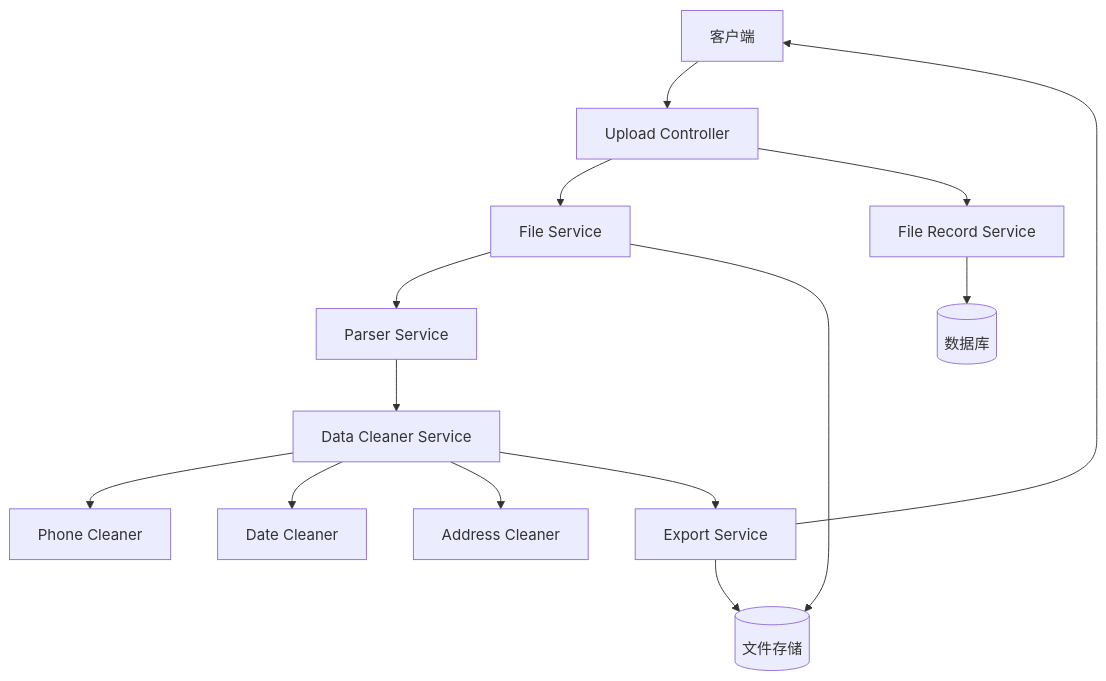
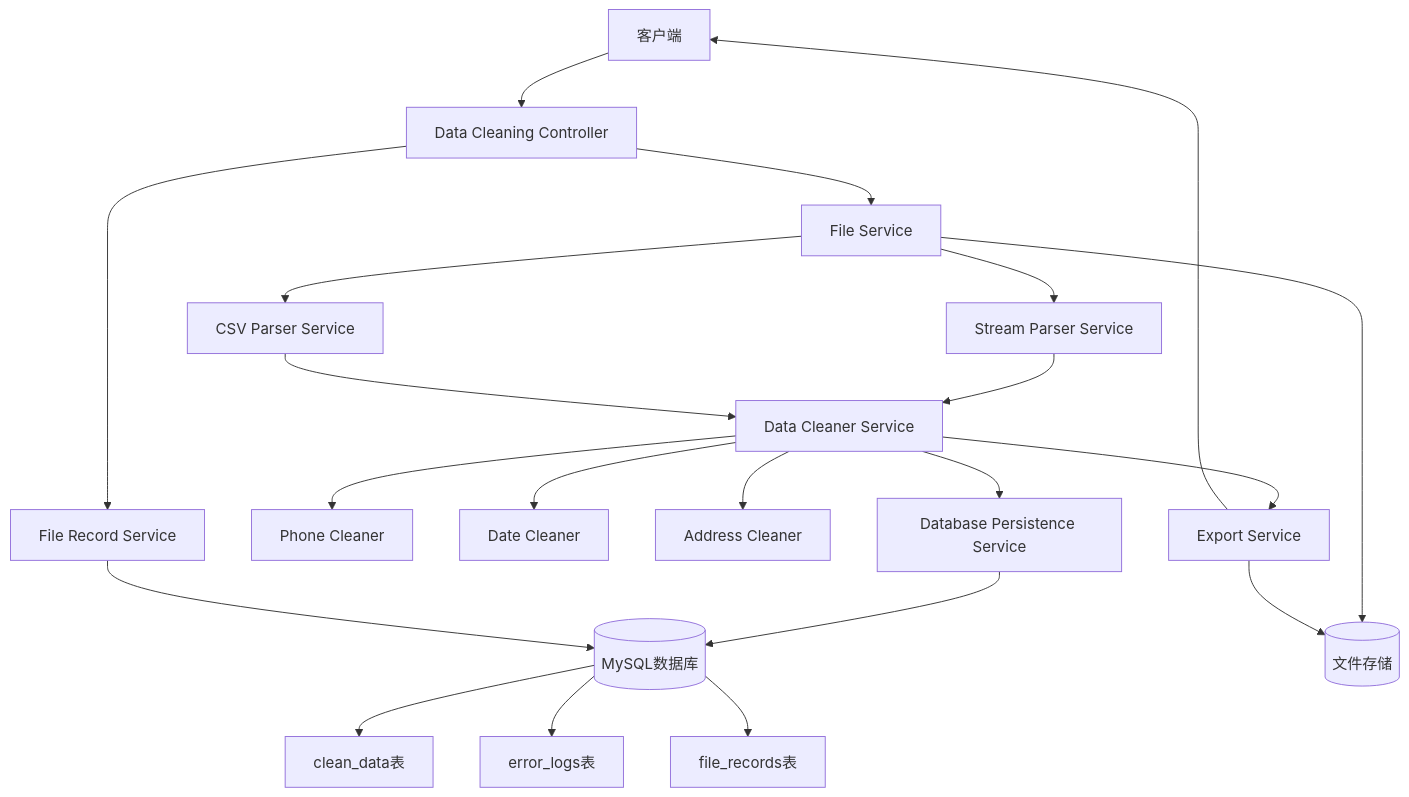
Before and after one commit to silencealoe/data-clean-tool: the first of 3 diagrams in .kiro/specs/data-cleaning-service/design.md, drawn with Mermaid. The commit also changed other lines of this file and 100 other files, not shown here.

````diff
--- a/.kiro/specs/data-cleaning-service/design.md
+++ b/.kiro/specs/data-cleaning-service/design.md
@@ -20,17 +27,30 @@
 ```mermaid
 graph TB
-    Client[客户端] --> Controller[Upload Controller]
+    Client[客户端] --> Controller[Data Cleaning Controller]
     Controller --> FileService[File Service]
     Controller --> FileRecordService[File Record Service]
-    FileService --> ParserService[Parser Service]
-    ParserService --> CleanerService[Data Cleaner Service]
+    
+    FileService --> StreamParser[Stream Parser Service]
+    FileService --> CsvParser[CSV Parser Service]
+    
+    StreamParser --> CleanerService[Data Cleaner Service]
+    CsvParser --> CleanerService
+    
     CleanerService --> PhoneCleaner[Phone Cleaner]
     CleanerService --> DateCleaner[Date Cleaner]
     CleanerService --> AddressCleaner[Address Cleaner]
+    
+    CleanerService --> DbPersistence[Database Persistence Service]
+    DbPersistence --> Database[(MySQL数据库)]
+    
     CleanerService --> ExportService[Export Service]
     ExportService --> Client
     
     FileService --> Storage[(文件存储)]
     ExportService --> Storage
-    FileRecordService --> Database[(数据库)]
+    FileRecordService --> Database
+    
+    Database --> CleanDataTable[clean_data表]
+    Database --> ErrorLogsTable[error_logs表]
+    Database --> FileRecordsTable[file_records表]
 ```
````
